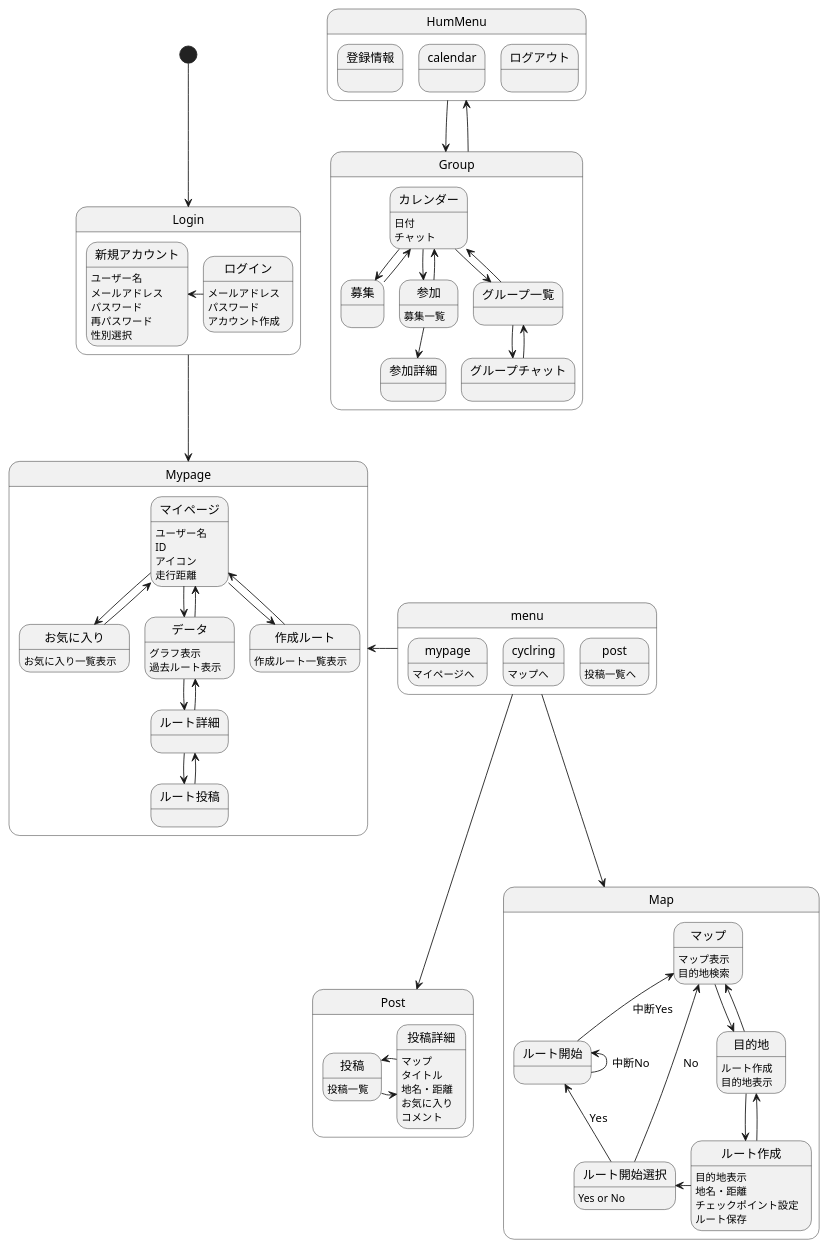
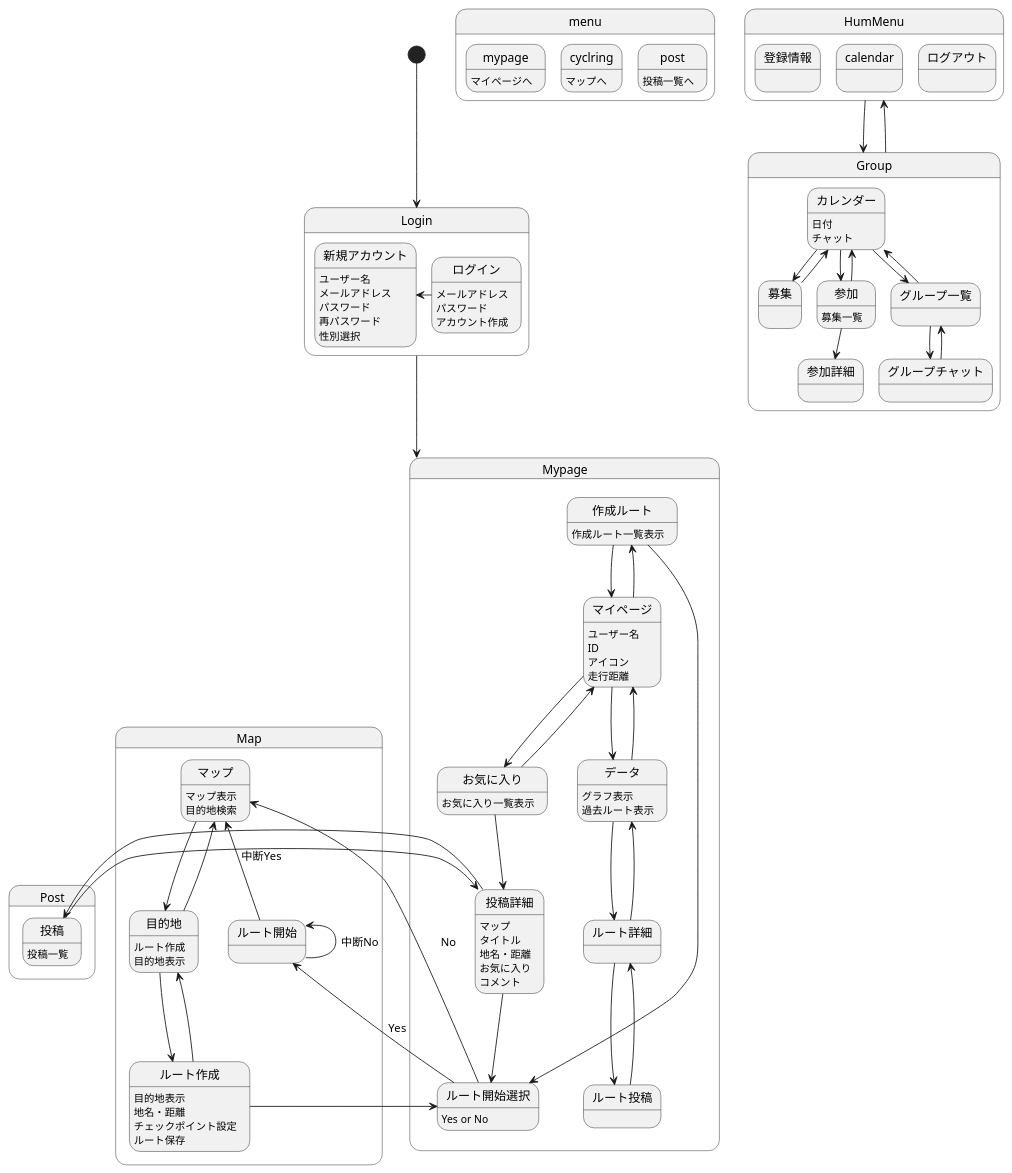
The diagram in 画面遷移図/gm.md (AsoSD3A3/CyclingSystem), drawn with PlantUML before and after one commit.

```diff
--- a/画面遷移図/gm.md
+++ b/画面遷移図/gm.md
@@ -32,18 +32,12 @@
 参加-->参加詳細
 }
 
-menu-left->Mypage
-menu-down->Post
-menu-down->Map
-
 [*]-down->Login
 state Login{
 ログイン:メールアドレス
 ログイン:パスワード
 ログイン:アカウント作成
-
 ログイン-left->新規アカウント
-
 新規アカウント:ユーザー名
 新規アカウント:メールアドレス
 新規アカウント:パスワード
@@ -60,20 +54,20 @@
 マイページ:走行距離
 マイページ-down->お気に入り
 お気に入り-->マイページ
+お気に入り-->投稿詳細
 マイページ-down->データ
 データ-->マイページ
 データ-down->ルート詳細
 ルート詳細-->データ
 ルート詳細-down->ルート投稿
 ルート投稿-->ルート詳細
-
 マイページ-down->作成ルート
 作成ルート-->マイページ
-
 お気に入り:お気に入り一覧表示
 データ:グラフ表示
 データ:過去ルート表示
 作成ルート:作成ルート一覧表示
+作成ルート-->ルート開始選択
 }
 
 state Post{
@@ -86,6 +80,7 @@
 投稿詳細:地名・距離
 投稿詳細:お気に入り
 投稿詳細:コメント
+投稿詳細-->ルート開始選択
 }
 
 state Map{
```
